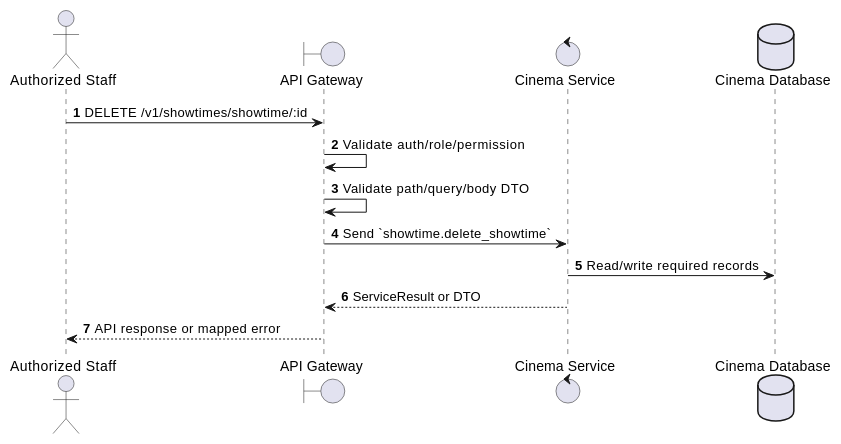
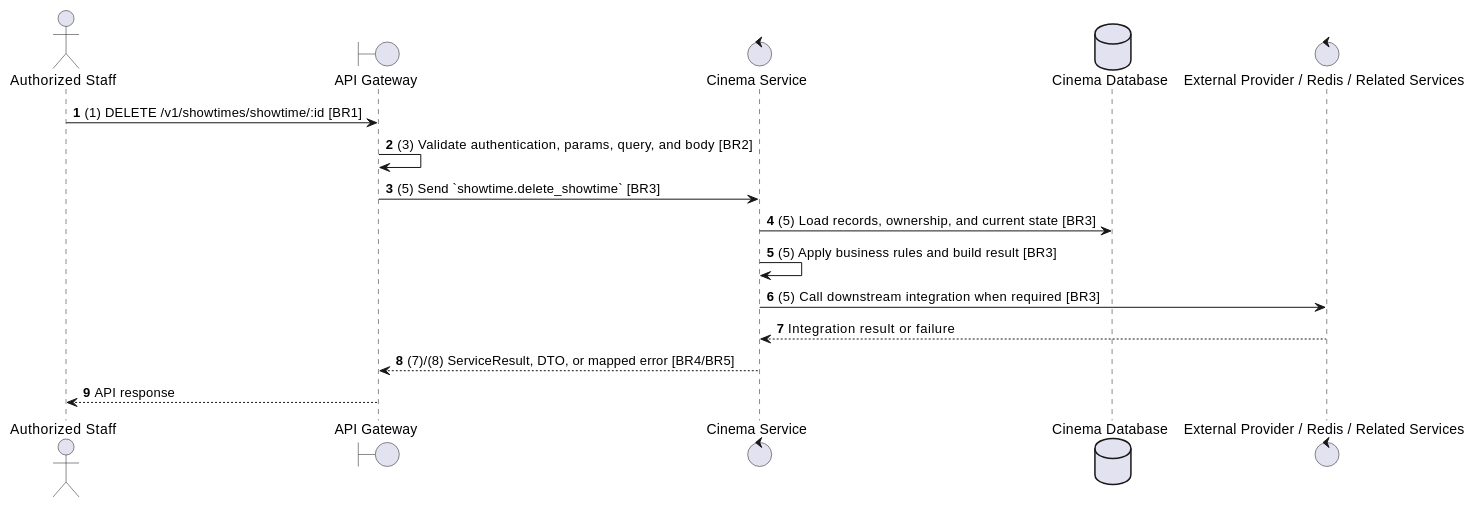
One commit to Tanh1603/movie-hub-architecture changed the second of 2 diagrams in docs/functional_specs/3.4_Showtime_Scheduling/ST-06_Delete_Showtime.md. Above: the diagram before and after it, drawn with PlantUML. The commit also changed other lines of this file and 129 other files, not shown here.

````diff
--- a/docs/functional_specs/3.4_Showtime_Scheduling/ST-06_Delete_Showtime.md
+++ b/docs/functional_specs/3.4_Showtime_Scheduling/ST-06_Delete_Showtime.md
@@ -17,17 +64,20 @@
 ```plantuml
 @startuml
 autonumber
 actor "Authorized Staff" as Actor
 boundary "API Gateway" as GW
 control "Cinema Service" as SVC
 database "Cinema Database" as DB
+control "External Provider / Redis / Related Services" as EXT
 
-Actor -> GW: DELETE /v1/showtimes/showtime/:id
-GW -> GW: Validate auth/role/permission
-GW -> GW: Validate path/query/body DTO
-GW -> SVC: Send `showtime.delete_showtime`
-SVC -> DB: Read/write required records
-SVC --> GW: ServiceResult or DTO
-GW --> Actor: API response or mapped error
+Actor -> GW: (1) DELETE /v1/showtimes/showtime/:id [BR1]
+GW -> GW: (3) Validate authentication, params, query, and body [BR2]
+GW -> SVC: (5) Send `showtime.delete_showtime` [BR3]
+SVC -> DB: (5) Load records, ownership, and current state [BR3]
+SVC -> SVC: (5) Apply business rules and build result [BR3]
+SVC -> EXT: (5) Call downstream integration when required [BR3]
+EXT --> SVC: Integration result or failure
+SVC --> GW: (7)/(8) ServiceResult, DTO, or mapped error [BR4/BR5]
+GW --> Actor: API response
 @enduml
 ```
````
